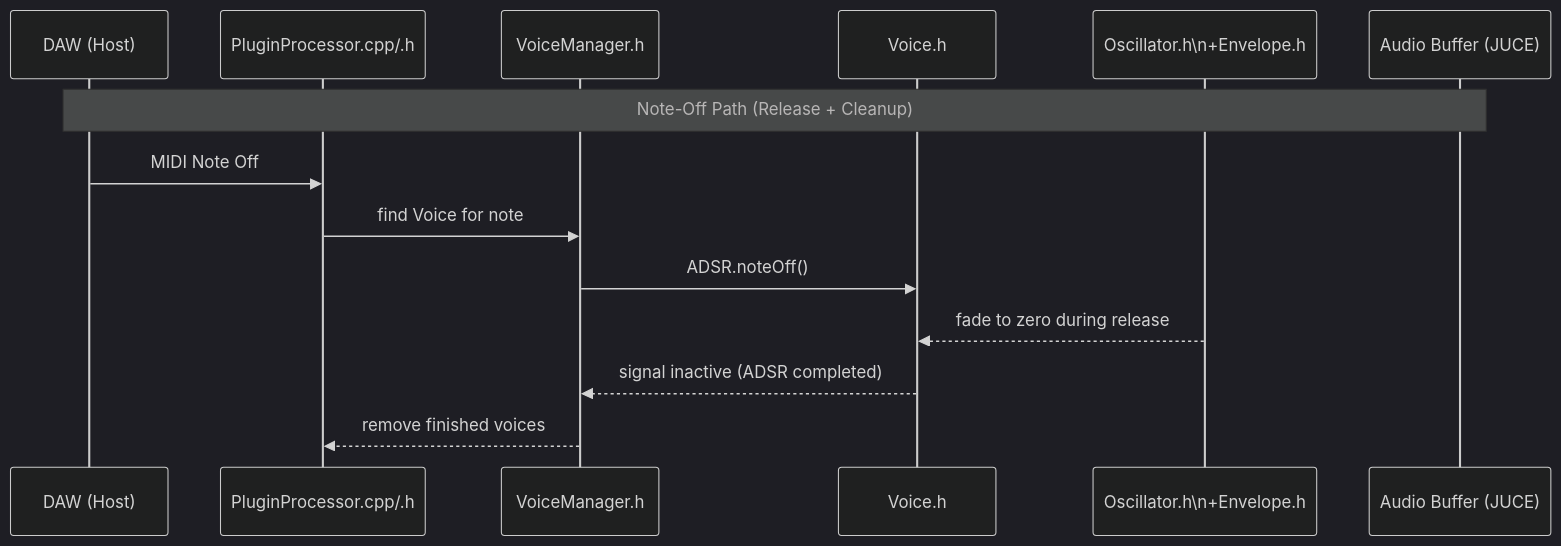
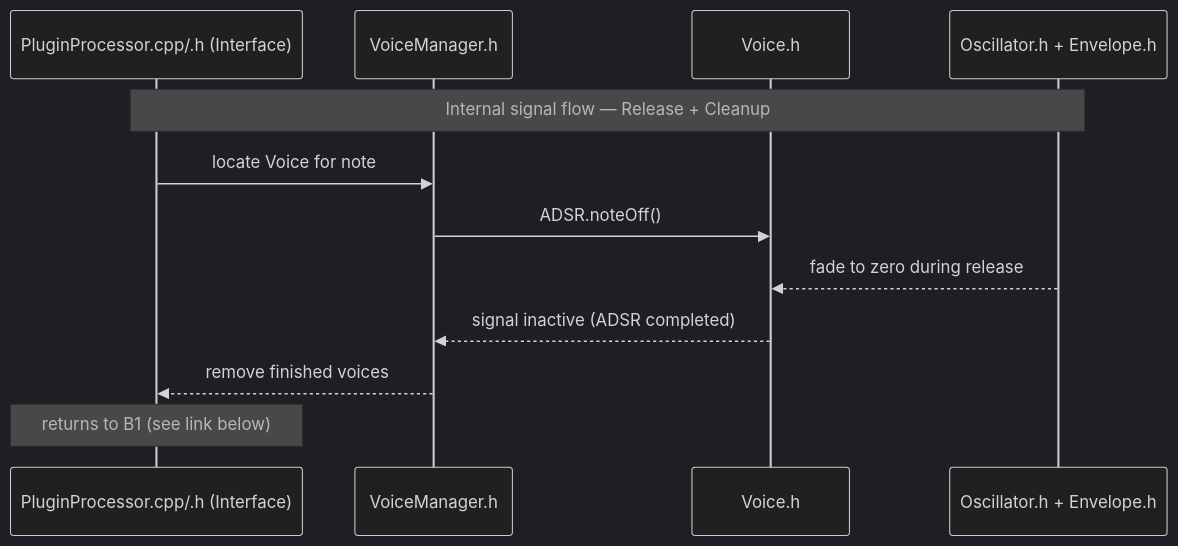
One commit to TYLERSFOSTER/MIDIControl001 changed the fifth of 8 diagrams in docs/architecture.md. Above: the diagram before and after it, drawn with Mermaid (dark theme). The commit also changed other lines of this file, not shown here.

````diff
--- a/docs/architecture.md
+++ b/docs/architecture.md
@@ -23,17 +75,15 @@
 ```mermaid
 sequenceDiagram
-participant DAW as DAW (Host)
-participant PluginProcessor as PluginProcessor.cpp/.h
+participant PluginProcessor as PluginProcessor.cpp/.h (Interface)
 participant VoiceManager as VoiceManager.h
 participant Voice as Voice.h
-participant DSP as Oscillator.h\n+Envelope.h
-participant Output as Audio Buffer (JUCE)
+participant DSP as Oscillator.h + Envelope.h
 
-Note over DAW,Output: Note-Off Path (Release + Cleanup)
-DAW->>PluginProcessor: MIDI Note Off
-PluginProcessor->>VoiceManager: find Voice for note
+Note over PluginProcessor,DSP: Internal signal flow — Release + Cleanup
+PluginProcessor->>VoiceManager: locate Voice for note
 VoiceManager->>Voice: ADSR.noteOff()
 DSP-->>Voice: fade to zero during release
 Voice-->>VoiceManager: signal inactive (ADSR completed)
 VoiceManager-->>PluginProcessor: remove finished voices
+Note over PluginProcessor: returns to B1 (see link below)
 ```
````
